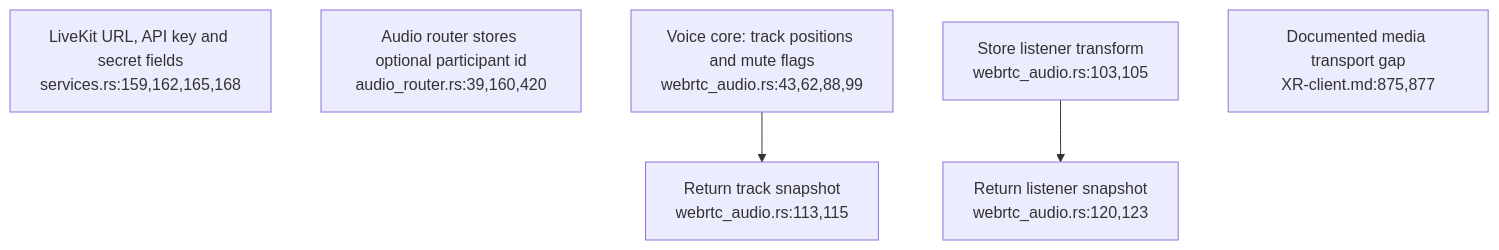
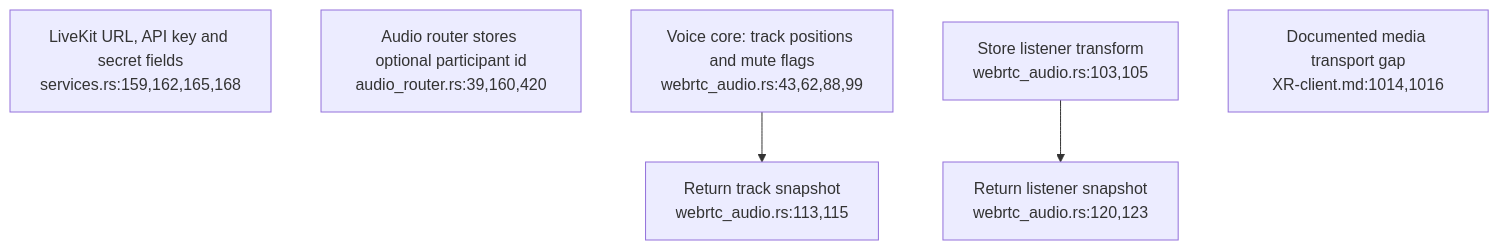
The first of 3 diagrams in docs/diagrams/visionclaw/50-deferred-space-voice.md (DreamLab-AI/VisionFlow), drawn with Mermaid before and after one commit. The commit also changed other lines of this file and 56 other files, not shown here.

First line of the commit message:
docs(diagrams): re-verify VisionClaw topics at ec785afa9, add VC-19/56/57 and the VisionClaw register

````diff
--- a/docs/diagrams/visionclaw/50-deferred-space-voice.md
+++ b/docs/diagrams/visionclaw/50-deferred-space-voice.md
@@ -28,8 +28,8 @@
 ```mermaid
 flowchart TD
     CONFIG["LiveKit URL, API key and secret fields<br/>services.rs:159,162,165,168"]
     ROUTER["Audio router stores optional participant id<br/>audio_router.rs:39,160,420"]
     TRACKS["Voice core: track positions and mute flags<br/>webrtc_audio.rs:43,62,88,99"] --> SNAP["Return track snapshot<br/>webrtc_audio.rs:113,115"]
     LISTENER["Store listener transform<br/>webrtc_audio.rs:103,105"] --> READ["Return listener snapshot<br/>webrtc_audio.rs:120,123"]
-    GAP["Documented media transport gap<br/>XR-client.md:875,877"]
+    GAP["Documented media transport gap<br/>XR-client.md:1014,1016"]
 ```
````
